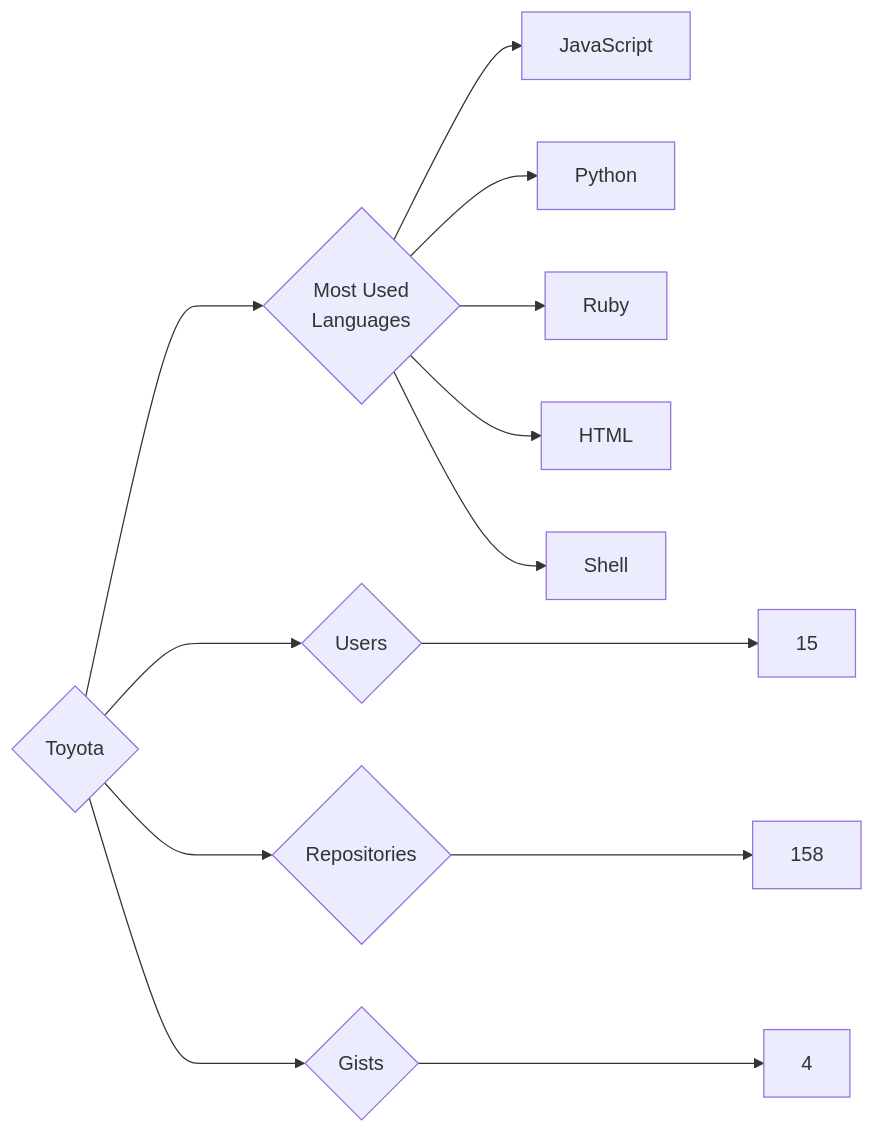
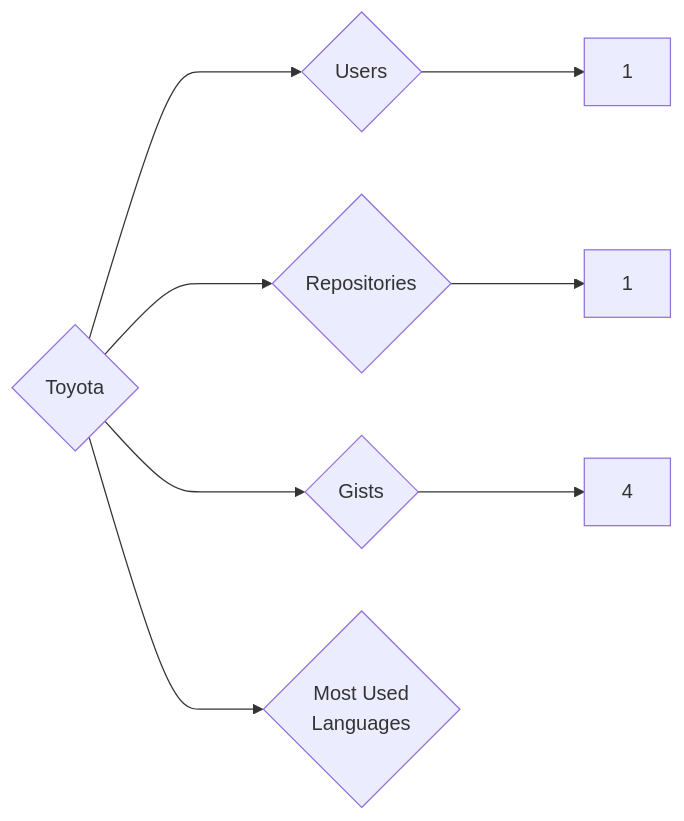
Before and after one commit to trickest/insiders: the diagram in targets/Toyota/README.md, drawn with Mermaid. The commit also changed 870 other files, not shown here.

````diff
--- a/targets/Toyota/README.md
+++ b/targets/Toyota/README.md
@@ -3,13 +3,8 @@
 ```mermaid
 graph LR
 COMPANY_NAME{Toyota}
-COMPANY_NAME ---> U{Users} ---> UN[15]
-COMPANY_NAME ---> R{Repositories} ---> RN[158]
+COMPANY_NAME ---> U{Users} ---> UN[1]
+COMPANY_NAME ---> R{Repositories} ---> RN[1]
 COMPANY_NAME ---> G{Gists} ---> GN[4]
 COMPANY_NAME ---> ML{Most Used<br>Languages}
-ML --> JavaScript[JavaScript]
-ML --> Python[Python]
-ML --> Ruby[Ruby]
-ML --> HTML[HTML]
-ML --> Shell[Shell]
 ```
````
